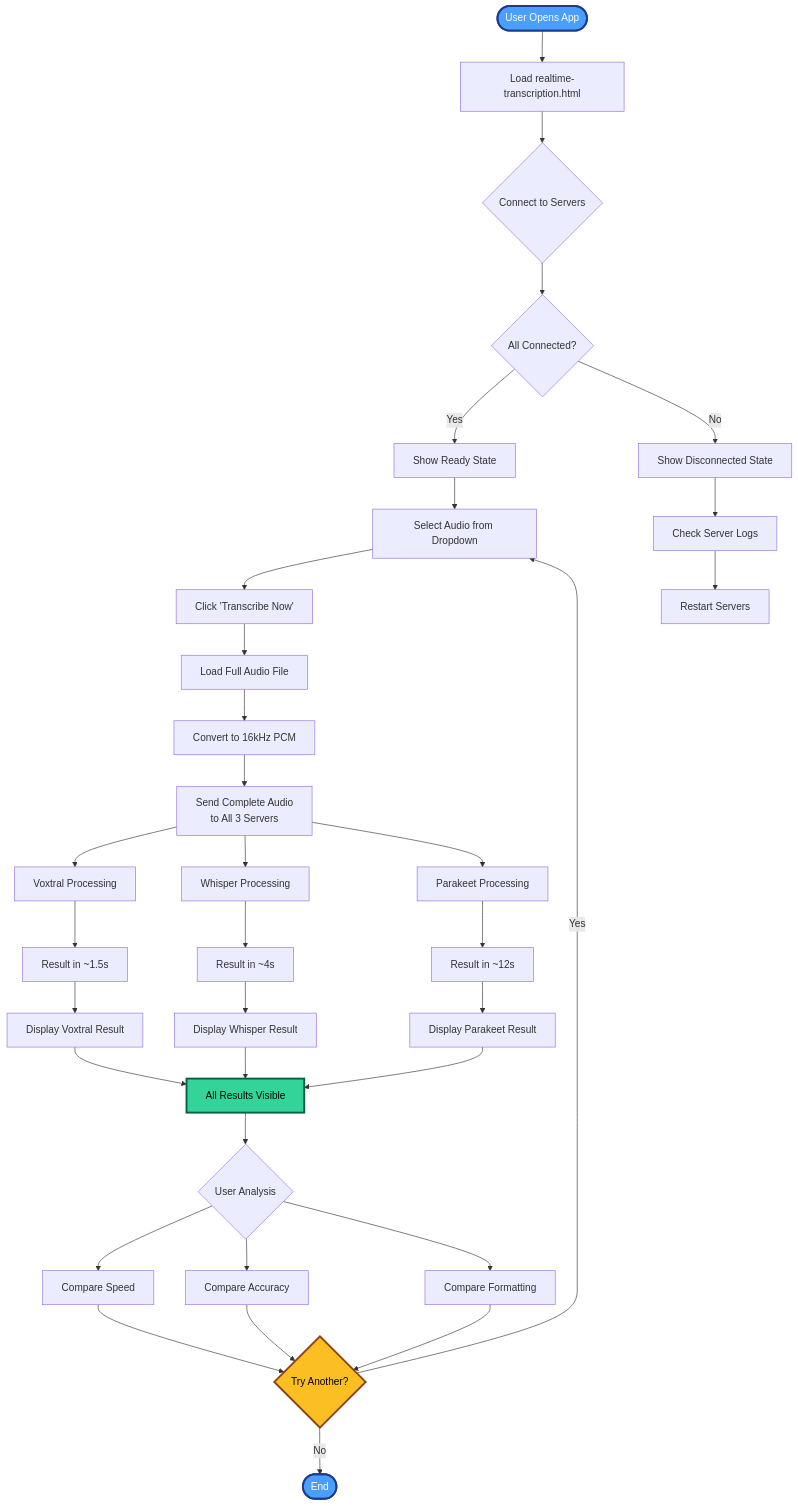
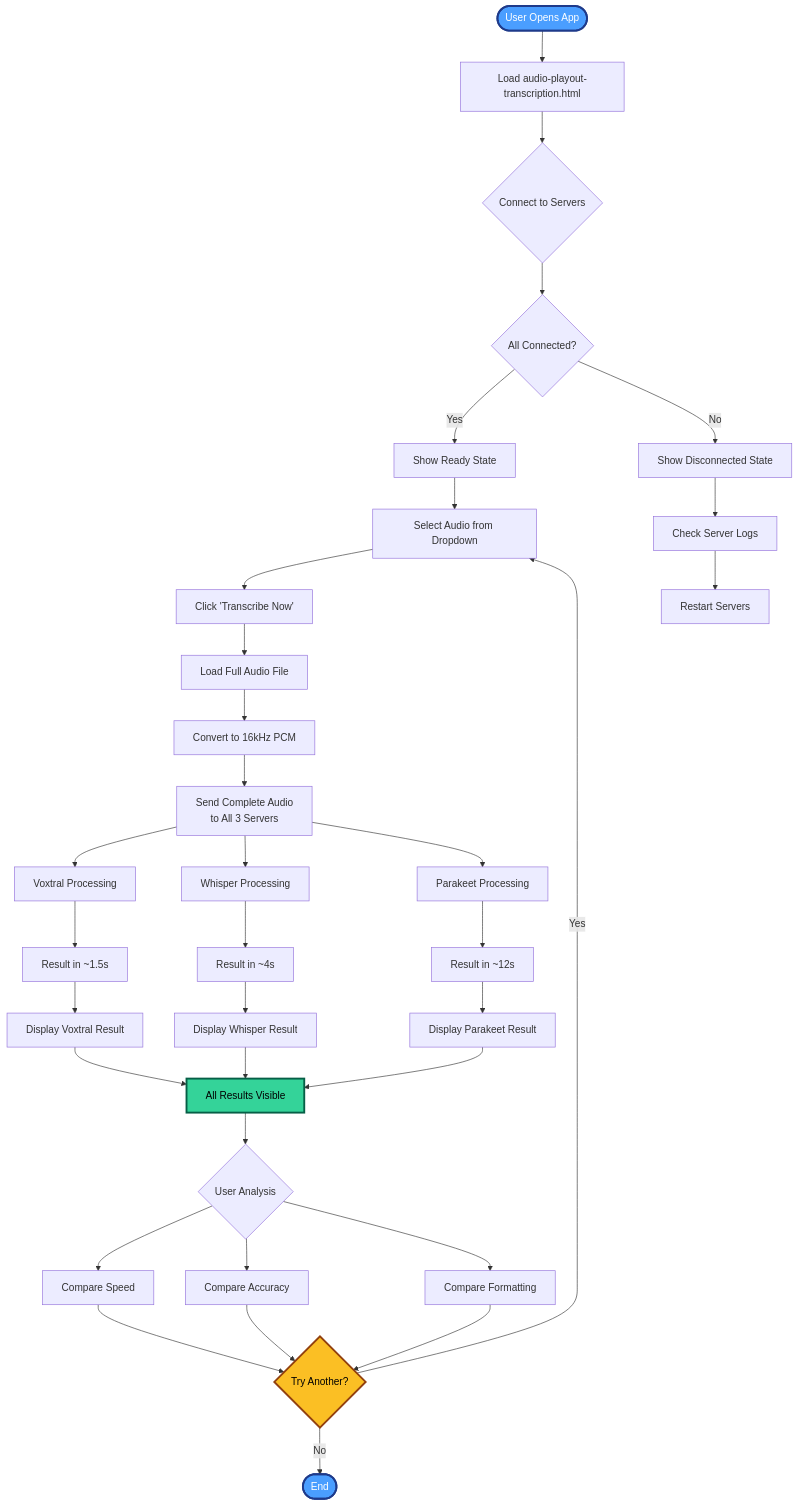
Before and after one commit to gjovanov/speech2text: the fifth of 6 diagrams in README.md, drawn with Mermaid. The commit also changed other lines of this file and 26 other files, not shown here.

````diff
--- a/README.md
+++ b/README.md
@@ -260,48 +260,48 @@
 ```mermaid
 flowchart TD
-    Start([User Opens App]) --> LoadPage[Load realtime-transcription.html]
+    Start([User Opens App]) --> LoadPage[Load audio-playout-transcription.html]
     LoadPage --> Connect{Connect to Servers}
 
     Connect --> Check{All Connected?}
     Check -->|Yes| Ready[Show Ready State]
     Check -->|No| Error[Show Disconnected State]
 
     Ready --> SelectFile[Select Audio from Dropdown]
     SelectFile --> Button[Click 'Transcribe Now']
 
     Button --> LoadAudio[Load Full Audio File]
     LoadAudio --> Prepare[Convert to 16kHz PCM]
     Prepare --> SendAll[Send Complete Audio<br/>to All 3 Servers]
 
     SendAll --> Process1[Voxtral Processing]
     SendAll --> Process2[Whisper Processing]
     SendAll --> Process3[Parakeet Processing]
 
     Process1 --> Result1[Result in ~1.5s]
     Process2 --> Result2[Result in ~4s]
     Process3 --> Result3[Result in ~12s]
 
     Result1 --> ShowVoxtral[Display Voxtral Result]
     Result2 --> ShowWhisper[Display Whisper Result]
     Result3 --> ShowParakeet[Display Parakeet Result]
 
     ShowVoxtral & ShowWhisper & ShowParakeet --> AllDone[All Results Visible]
 
     AllDone --> Analyze{User Analysis}
     Analyze --> CompareSpeed[Compare Speed]
     Analyze --> CompareAccuracy[Compare Accuracy]
     Analyze --> CompareFormat[Compare Formatting]
 
     CompareSpeed & CompareAccuracy & CompareFormat --> Decision{Try Another?}
 
     Decision -->|Yes| SelectFile
     Decision -->|No| End([End])
 
     Error --> Troubleshoot[Check Server Logs]
     Troubleshoot --> Restart[Restart Servers]
 
     style Start fill:#4a9eff,stroke:#1e3a8a,stroke-width:3px,color:#fff
     style AllDone fill:#34d399,stroke:#065f46,stroke-width:3px,color:#000
     style Decision fill:#fbbf24,stroke:#92400e,stroke-width:3px,color:#000
     style End fill:#4a9eff,stroke:#1e3a8a,stroke-width:3px,color:#fff
 ```
````
